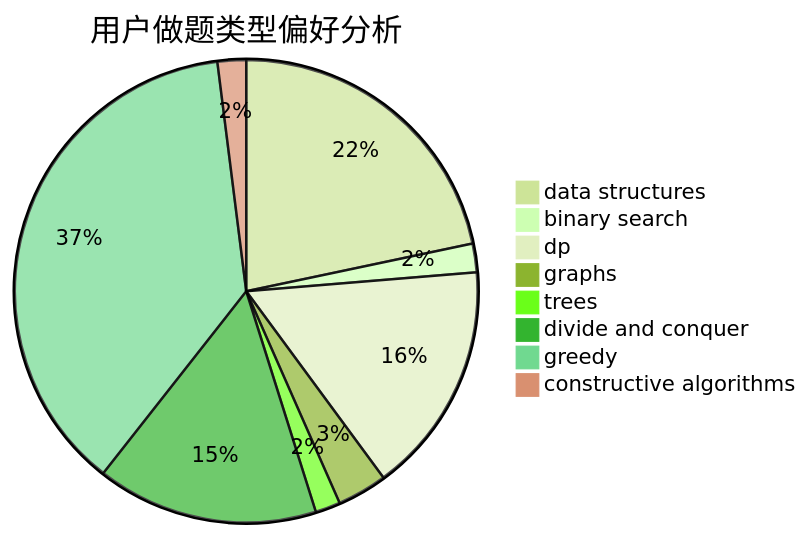
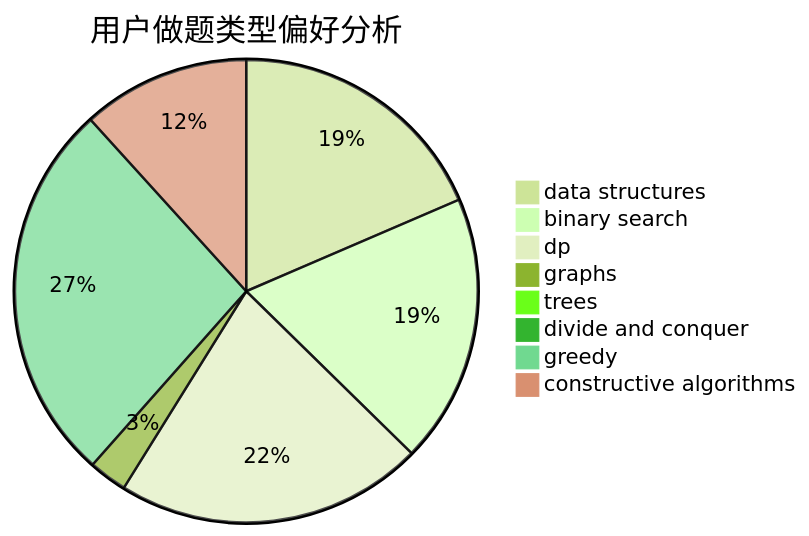
One commit to sherpahu/cfrs.github.io changed the second of 3 diagrams in docs/user/u2312.md. Above: the diagram before and after it, drawn with Mermaid (forest theme). The commit also changed other lines of this file and 2770 other files, not shown here.

````diff
--- a/docs/user/u2312.md
+++ b/docs/user/u2312.md
@@ -23,11 +23,11 @@
 ```mermaid
 pie title 用户做题类型偏好分析
-    "data structures" :  87
-    "binary search" :  8
-    "dp" :  65
-    "graphs" :  14
-    "trees" :  7
-    "divide and conquer" :  62
-    "greedy" :  150
-    "constructive algorithms" :  8
+    "data structures" :  395
+    "binary search" :  401
+    "dp" :  459
+    "graphs" :  57
+    "trees" :  0
+    "divide and conquer" :  0
+    "greedy" :  570
+    "constructive algorithms" :  250
 ```
````
